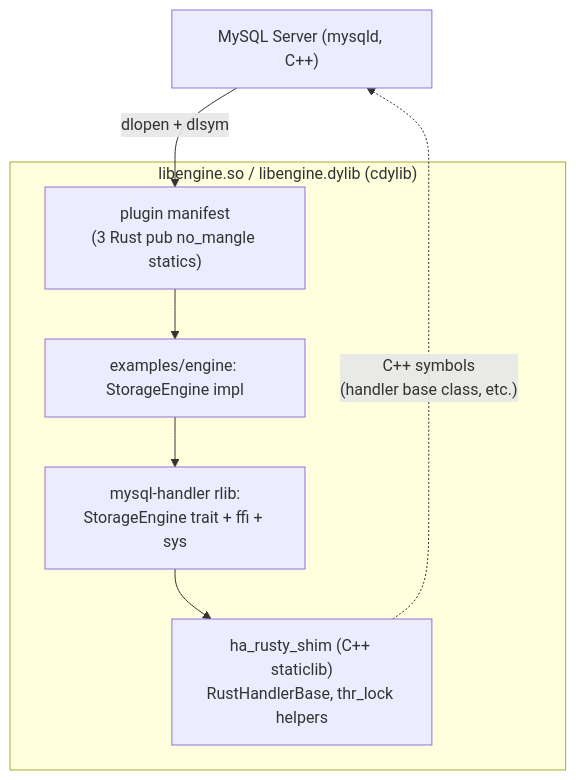
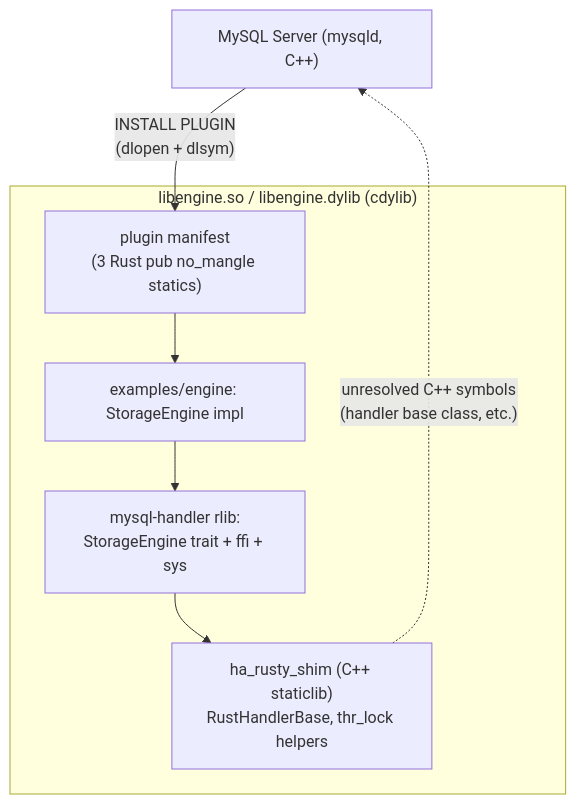
The diagram in docs/architecture.md (ren-yamanashi/rusty_mysql_handler), drawn with Mermaid before and after one commit. The commit also changed other lines of this file and 13 other files, not shown here.

````diff
--- a/docs/architecture.md
+++ b/docs/architecture.md
@@ -9,11 +9,13 @@
 ```mermaid
 graph TD
-  A["MySQL Server (mysqld, C++)"] -->|"dlopen + dlsym"| B
+  A["MySQL Server (mysqld, C++)"]
   subgraph cdylib["libengine.so / libengine.dylib (cdylib)"]
     B["plugin manifest<br/>(3 Rust pub no_mangle statics)"]
-    B --> C["examples/engine: StorageEngine impl"]
-    C --> D["mysql-handler rlib:<br/>StorageEngine trait + ffi + sys"]
-    D --> E["ha_rusty_shim (C++ staticlib)<br/>RustHandlerBase, thr_lock helpers"]
+    C["examples/engine: StorageEngine impl"]
+    D["mysql-handler rlib:<br/>StorageEngine trait + ffi + sys"]
+    E["ha_rusty_shim (C++ staticlib)<br/>RustHandlerBase, thr_lock helpers"]
+    B --> C --> D --> E
   end
-  E -. "C++ symbols<br/>(handler base class, etc.)" .-> A
+  A -->|"INSTALL PLUGIN<br/>(dlopen + dlsym)"| B
+  E -. "unresolved C++ symbols<br/>(handler base class, etc.)" .-> A
 ```
````
